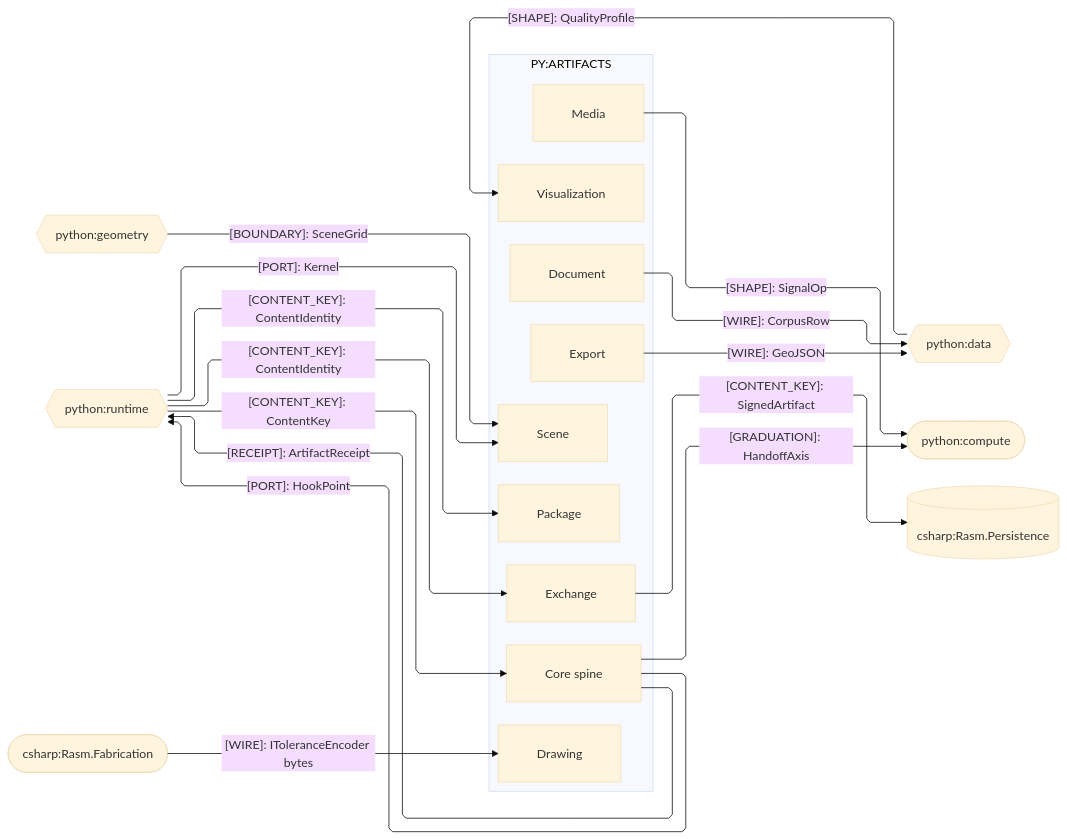
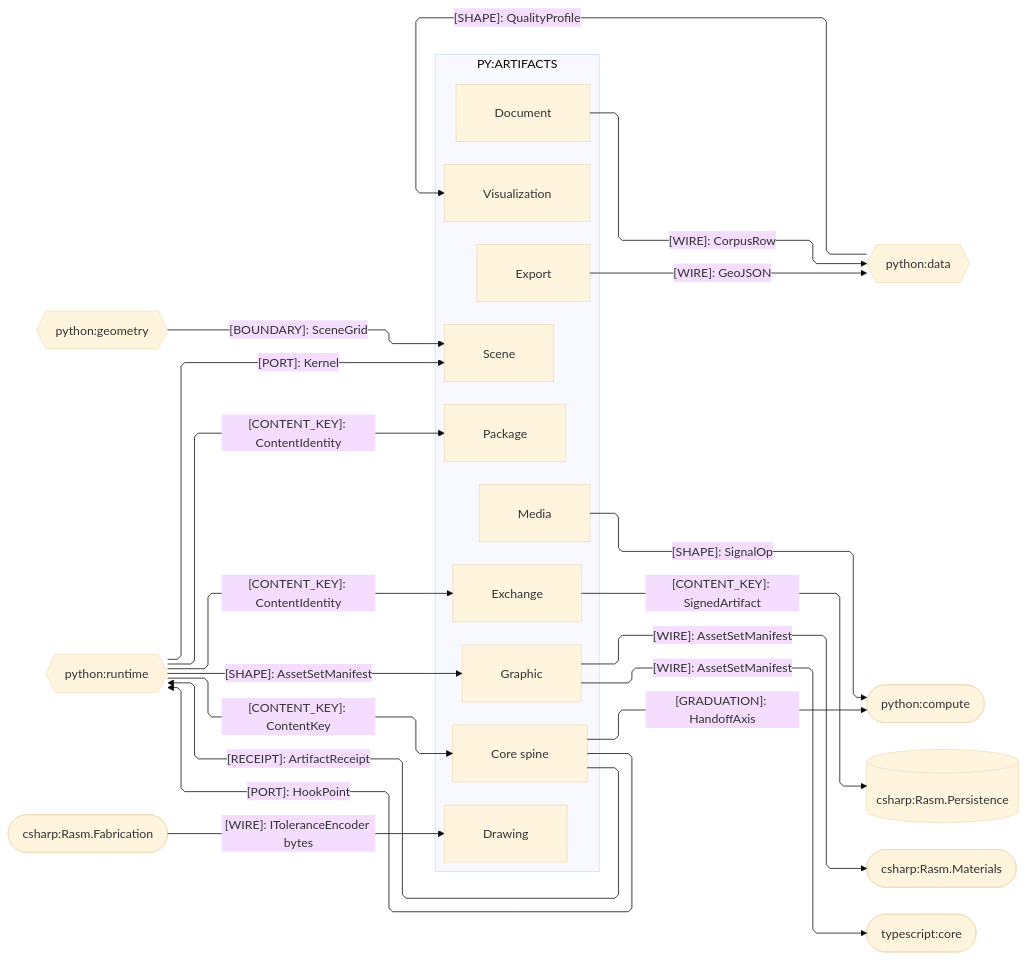
Before and after one commit to bsamiee/Rasm: the second of 3 diagrams in libs/python/artifacts/ARCHITECTURE.md, drawn with Mermaid (base theme). The commit also changed other lines of this file and 27 other files, not shown here.

````diff
--- a/libs/python/artifacts/ARCHITECTURE.md
+++ b/libs/python/artifacts/ARCHITECTURE.md
@@ -201,43 +208,49 @@
 ```mermaid
 ---
 config:
   layout: elk
   flowchart:
     curve: linear
     padding: 25
 ---
 flowchart LR
     accTitle: Artifacts package seam registry
-    accDescr: Artifacts sub-domain owners exchanging content keys, receipts, wires, and shapes with Python and C# peers.
+    accDescr: Artifacts sub-domain owners exchanging content keys, receipts, wires, and shapes with Python, C#, and typescript peers.
     subgraph artifacts[PY:ARTIFACTS]
         Core[Core spine]
         Document[Document]
         Visualization[Visualization]
         Drawing[Drawing]
+        Graphic[Graphic]
         Media[Media]
         Scene[Scene]
         Export[Export]
         Exchange[Exchange]
         Package[Package]
     end
     Geometry{{python:geometry}}
     Runtime{{python:runtime}}
     Data{{python:data}}
     Compute([python:compute])
     Persistence[(csharp:Rasm.Persistence)]
     Fabrication([csharp:Rasm.Fabrication])
+    Materials([csharp:Rasm.Materials])
+    Interchange([typescript:core])
     Runtime e1@-->|"[CONTENT_KEY]: ContentKey"| Core
     Core e2@-->|"[RECEIPT]: ArtifactReceipt"| Runtime
     Runtime e3@-->|"[CONTENT_KEY]: ContentIdentity"| Exchange
     Runtime e4@-->|"[CONTENT_KEY]: ContentIdentity"| Package
     Core e5@-->|"[GRADUATION]: HandoffAxis"| Compute
     Media e6@-->|"[SHAPE]: SignalOp"| Compute
     Document e7@-->|"[WIRE]: CorpusRow"| Data
     Export e8@-->|"[WIRE]: GeoJSON"| Data
     Data e9@-->|"[SHAPE]: QualityProfile"| Visualization
     Fabrication e11@-->|"[WIRE]: IToleranceEncoder bytes"| Drawing
     Geometry e12@-->|"[BOUNDARY]: SceneGrid"| Scene
     Exchange e13@-->|"[CONTENT_KEY]: SignedArtifact"| Persistence
     Runtime e14@-->|"[PORT]: Kernel"| Scene
     Core e15@-->|"[PORT]: HookPoint"| Runtime
+    Runtime e16@-->|"[SHAPE]: AssetSetManifest"| Graphic
+    Graphic e17@-->|"[WIRE]: AssetSetManifest"| Materials
+    Graphic e18@-->|"[WIRE]: AssetSetManifest"| Interchange
 ```
````
